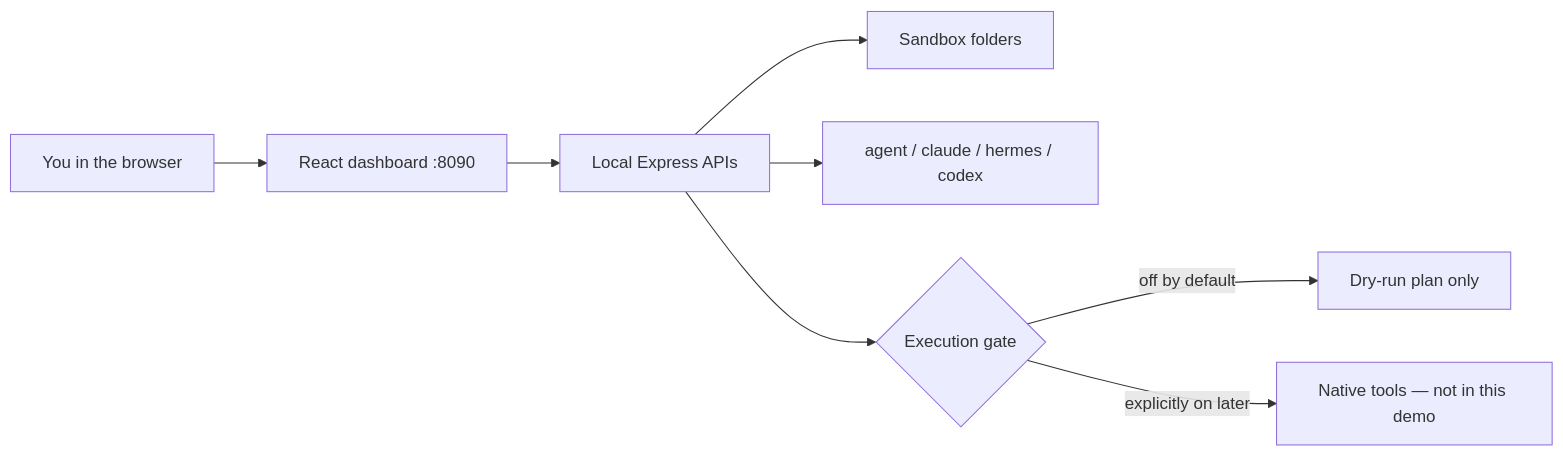
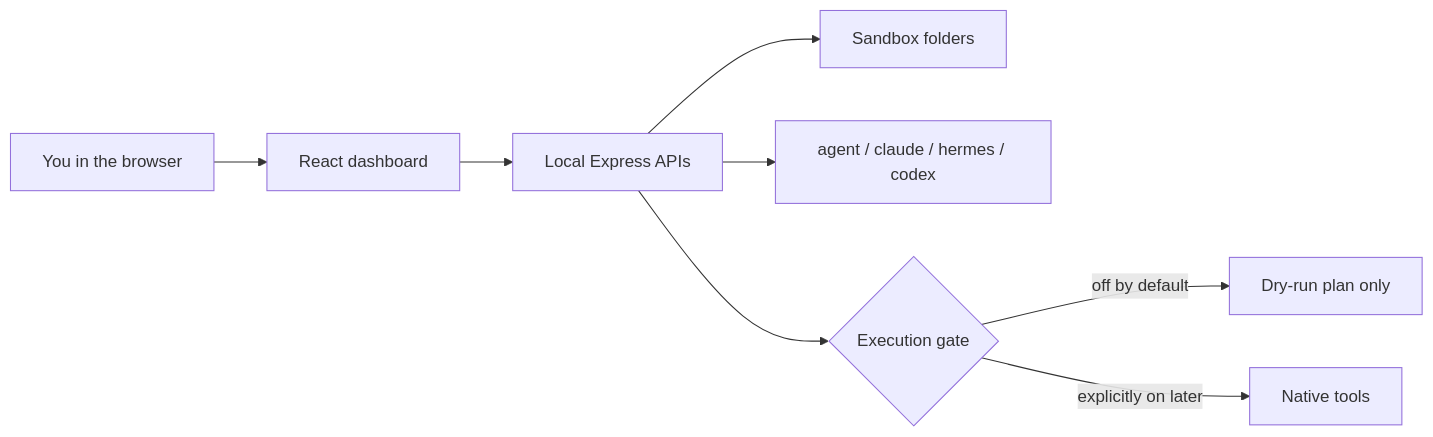
The diagram in README.md (hharsha98/agent-os), drawn with Mermaid before and after one commit. The commit also changed other lines of this file and 38 other files, not shown here.

````diff
--- a/README.md
+++ b/README.md
@@ -88,10 +48,10 @@
 ```mermaid
 flowchart LR
-  Recruiter["You in the browser"] --> UI["React dashboard :8090"]
+  You["You in the browser"] --> UI["React dashboard"]
   UI --> API["Local Express APIs"]
   API --> Store["Sandbox folders"]
   API --> CLIs["agent / claude / hermes / codex"]
   API --> Gate{"Execution gate"}
   Gate -->|off by default| Dry["Dry-run plan only"]
-  Gate -->|explicitly on later| Live["Native tools — not in this demo"]
+  Gate -->|explicitly on later| Live["Native tools"]
 ```
````
